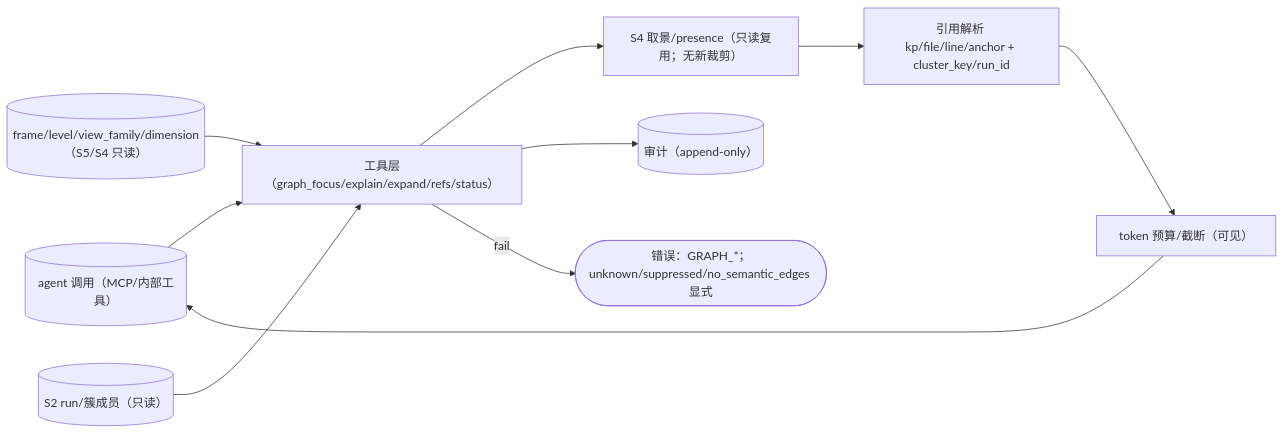
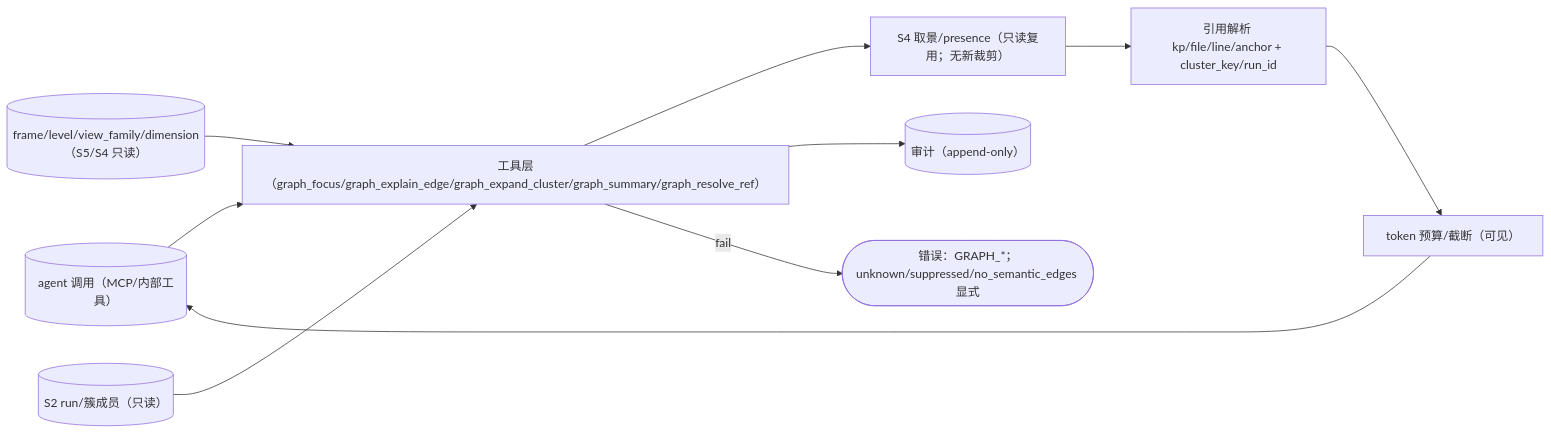
Diagram 16 of 24 in docs/design/multilevel-graph/ENGINEERING-PLAN.md (Fresh-Tim-Lam/Memoria), drawn with Mermaid before and after one commit. The commit also changed other lines of this file and 4 other files, not shown here.

First line of the commit message:
docs(graph): close S7 revisions and add the agent-usage freeze candidate

````diff
--- a/docs/design/multilevel-graph/ENGINEERING-PLAN.md
+++ b/docs/design/multilevel-graph/ENGINEERING-PLAN.md
@@ -1474,21 +1474,21 @@
 ```mermaid
 flowchart LR
     AG[("agent 调用（MCP/内部工具）")]
-    TOOL["工具层（graph_focus/explain/expand/refs/status）"]
+    TOOL["工具层（graph_focus/graph_explain_edge/graph_expand_cluster/graph_summary/graph_resolve_ref）"]
     FR[("frame/level/view_family/dimension（S5/S4 只读）")]
     RUN[("S2 run/簇成员（只读）")]
     S4["S4 取景/presence（只读复用；无新裁剪）"]
     REF["引用解析 kp/file/line/anchor + cluster_key/run_id"]
     BUD["token 预算/截断（可见）"]
     AUD[("审计（append-only）")]
     ERR(["错误：GRAPH_*；unknown/suppressed/no_semantic_edges 显式"])
     AG --> TOOL
     FR --> TOOL
     RUN --> TOOL
     TOOL --> S4
     S4 --> REF
     REF --> BUD
     BUD --> AG
     TOOL --> AUD
     TOOL -- fail --> ERR
 ```
````
